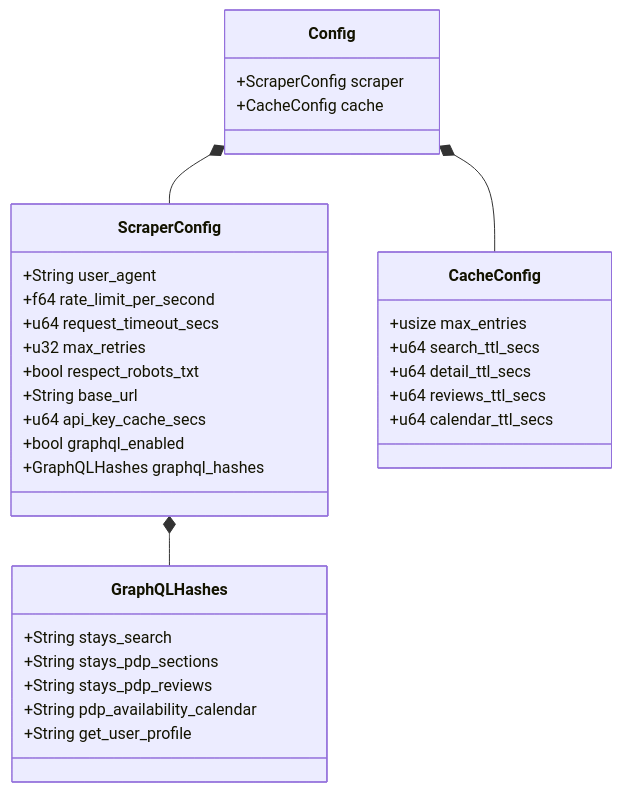
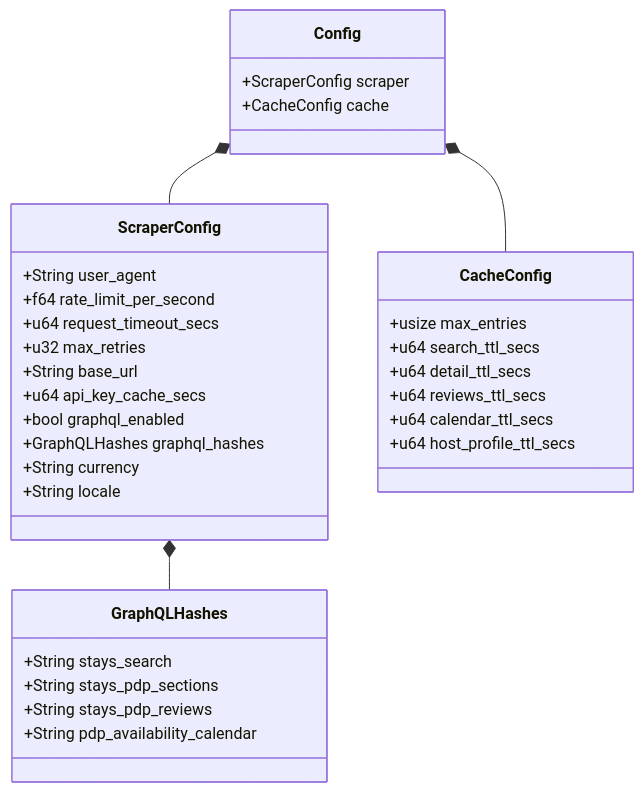
Before and after one commit to muchiny/mcp-airbnb: the diagram in src/config/README.md, drawn with Mermaid. The commit also changed other lines of this file and 194 other files, not shown here.

````diff
--- a/src/config/README.md
+++ b/src/config/README.md
@@ -7,39 +7,40 @@
 ```mermaid
 classDiagram
     class Config {
         +ScraperConfig scraper
         +CacheConfig cache
     }
 
     class ScraperConfig {
         +String user_agent
         +f64 rate_limit_per_second
         +u64 request_timeout_secs
         +u32 max_retries
-        +bool respect_robots_txt
         +String base_url
         +u64 api_key_cache_secs
         +bool graphql_enabled
         +GraphQLHashes graphql_hashes
+        +String currency
+        +String locale
     }
 
     class CacheConfig {
         +usize max_entries
         +u64 search_ttl_secs
         +u64 detail_ttl_secs
         +u64 reviews_ttl_secs
         +u64 calendar_ttl_secs
+        +u64 host_profile_ttl_secs
     }
 
     class GraphQLHashes {
         +String stays_search
         +String stays_pdp_sections
         +String stays_pdp_reviews
         +String pdp_availability_calendar
-        +String get_user_profile
     }
 
     Config *-- ScraperConfig
     Config *-- CacheConfig
     ScraperConfig *-- GraphQLHashes
 ```
````
